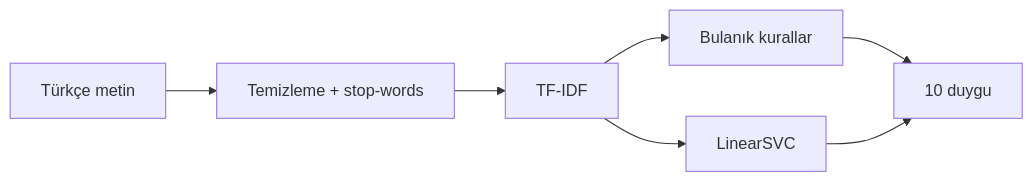
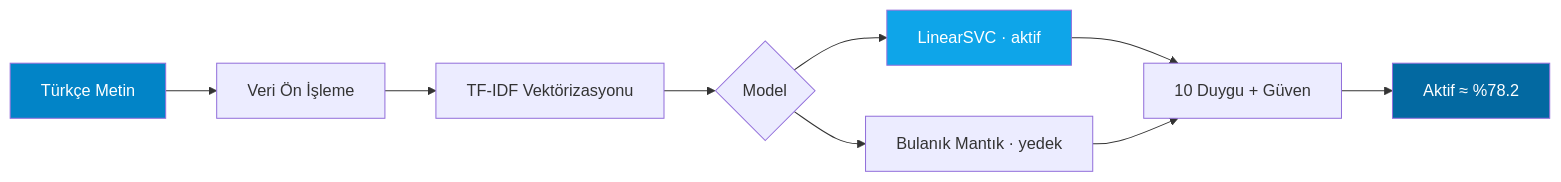
One commit to mehmet-karataslar/TurkceDuyguAnalizi changed the first of 2 diagrams in README.md. Above: the diagram before and after it, drawn with Mermaid. The commit also changed other lines of this file and 2 other files, not shown here.

First line of the commit message:
Restore full presentation README and ship ocean dark DuyguAsistan UI.

````diff
--- a/README.md
+++ b/README.md
@@ -28,9 +51,15 @@
 ```mermaid
-flowchart LR
-  A[Türkçe metin] --> B[Temizleme + stop-words]
-  B --> C[TF-IDF]
-  C --> D1[Bulanık kurallar]
-  C --> D2[LinearSVC]
-  D1 --> E[10 duygu]
-  D2 --> E
+graph LR
+    A[Türkçe Metin] --> B[Veri Ön İşleme]
+    B --> C[TF-IDF Vektörizasyonu]
+    C --> D{Model}
+    D --> E[LinearSVC · aktif]
+    D --> F[Bulanık Mantık · yedek]
+    E --> G[10 Duygu + Güven]
+    F --> G
+    G --> H["Aktif ≈ %78.2"]
+
+    style A fill:#0284c7,color:#fff
+    style E fill:#0ea5e9,color:#fff
+    style H fill:#0369a1,color:#fff
 ```
````
